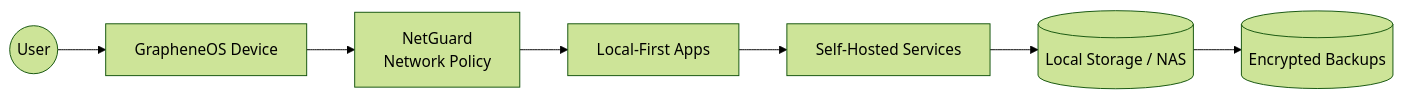
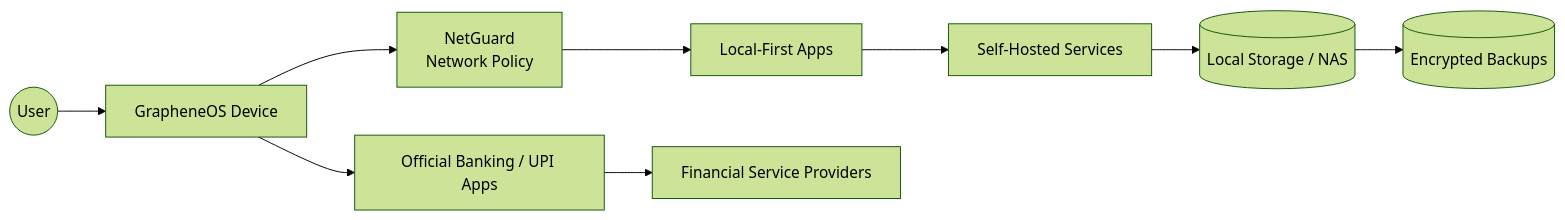
The fourth of 6 diagrams in README.md (Kf1sh27/DeGoogle), drawn with Mermaid (forest theme) before and after one commit. The commit also changed other lines of this file, not shown here.

Commit message:
Add Vanadium and document banking and UPI security exceptions

````diff
--- a/README.md
+++ b/README.md
@@ -223,9 +231,11 @@
 ```mermaid
 flowchart LR
     User((User)) --> GOS[GrapheneOS Device]
     GOS --> NetGuard[NetGuard<br/>Network Policy]
     NetGuard --> LocalApps[Local-First Apps]
     LocalApps --> SelfHosted[Self-Hosted Services]
     SelfHosted --> LocalStorage[(Local Storage / NAS)]
     LocalStorage --> EncBackup[(Encrypted Backups)]
+    GOS --> OfficialApps[Official Banking / UPI Apps]
+    OfficialApps --> BankProviders[Financial Service Providers]
 ```
````
